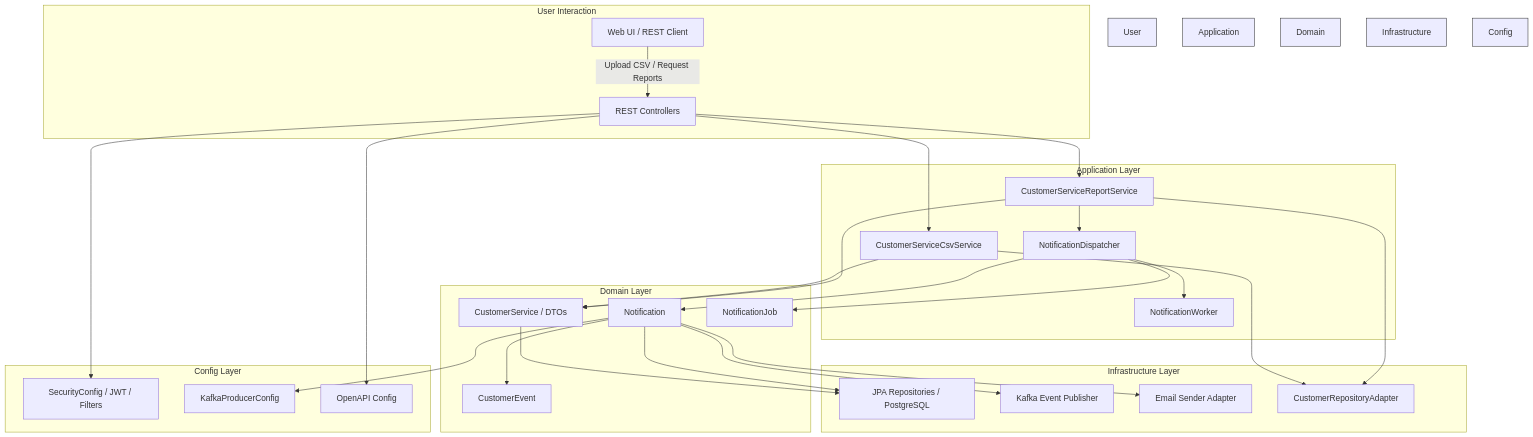
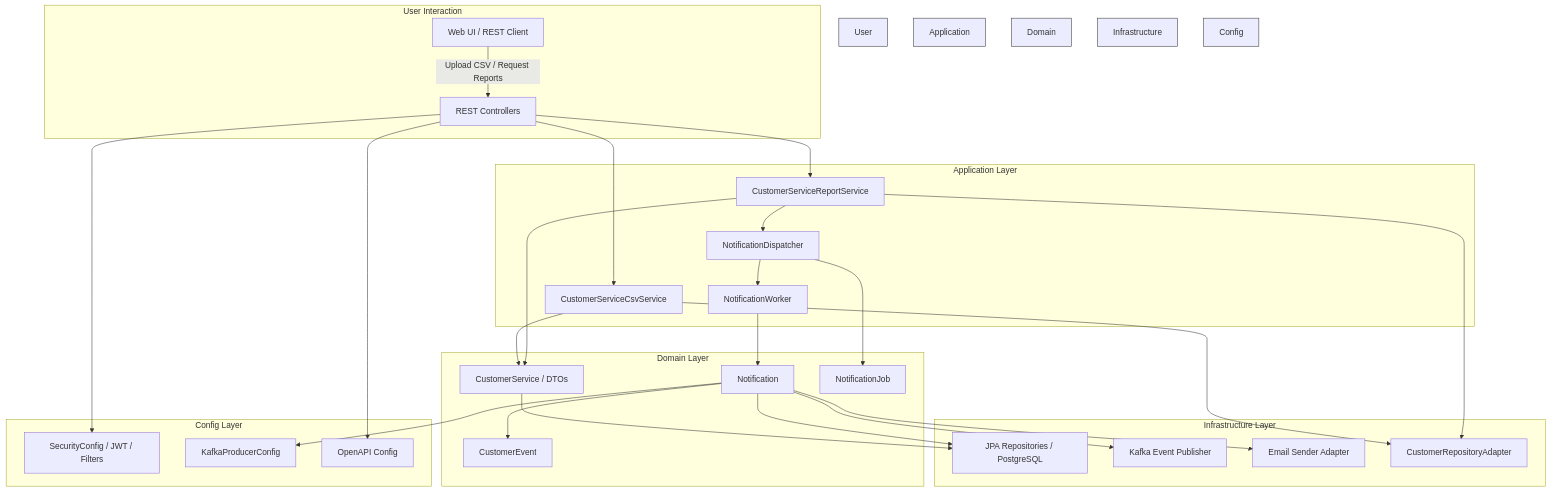
One commit to aliporfirio/customer-analysis changed the diagram in README.md. Above: the diagram before and after it, drawn with Mermaid.

Commit message:
Added documentations

````diff
--- a/README.md
+++ b/README.md
@@ -57,43 +57,43 @@
 ```mermaid
 graph TD
     subgraph User Interaction
         A[Web UI / REST Client] -->|Upload CSV / Request Reports| B[REST Controllers]
     end
 
     subgraph Application Layer
         B --> C[CustomerServiceCsvService]
         B --> D[CustomerServiceReportService]
         D --> E[NotificationDispatcher]
         E --> F[NotificationWorker]
     end
 
     subgraph Domain Layer
         C --> G[CustomerService / DTOs]
         D --> G
-        E --> H[Notification]
+        F --> H[Notification]
         H --> I[CustomerEvent]
         E --> R[NotificationJob]
         
     end
 
     subgraph Infrastructure Layer
         G --> J[JPA Repositories / PostgreSQL]
         H --> J
         H --> K[Kafka Event Publisher]
         H --> L[Email Sender Adapter]
         C --> S[CustomerRepositoryAdapter]
         D --> S
     end
 
     subgraph Config Layer
         B --> M[SecurityConfig / JWT / Filters]
         H --> N[KafkaProducerConfig]
         B --> O[OpenAPI Config]
     end
 
     style User Interaction fill:#f9f,stroke:#333,stroke-width:1px
     style Application Layer fill:#bbf,stroke:#333,stroke-width:1px
     style Domain Layer fill:#bfb,stroke:#333,stroke-width:1px
     style Infrastructure Layer fill:#ffb,stroke:#333,stroke-width:1px
     style Config Layer fill:#fbb,stroke:#333,stroke-width:1px
 ```
````
